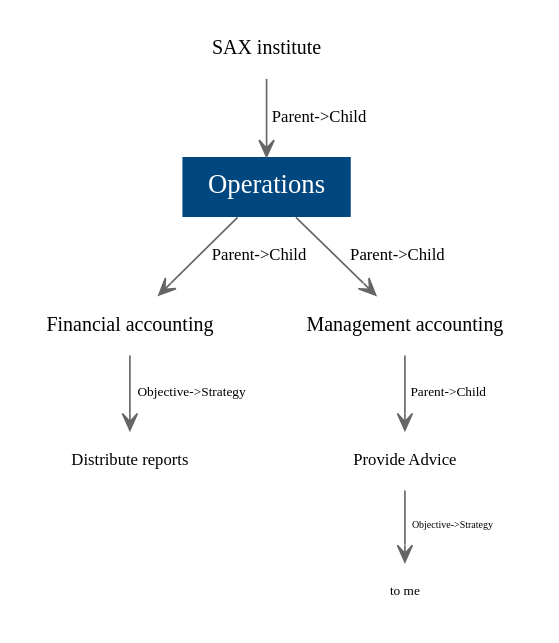
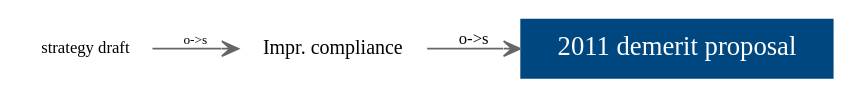
Before and after one commit to mickmioduszewski/digraph-rails: the diagram in public/mickdot.dot, drawn with Graphviz. The commit also changed 23 other files, not shown here.

```diff
--- a/public/mickdot.dot
+++ b/public/mickdot.dot
@@ -1,17 +1,9 @@
-digraph G { 
+digraph G { rankdir="LR"
 edge [color="#666666", arrowhead="open", fontname="Trebuchet MS"] 
 node [shape=plaintext, fontname="Trebuchet MS"]
-n14 [URL="/nodes/14",  label="Operations", fontsize="16", style=filled fillcolor="#00477f", fontcolor="White"]
-n13 [URL="/nodes/13",  label="SAX institute", fontsize="12"]
-n15 [URL="/nodes/15",  label="Financial accounting", fontsize="12"]
-n18 [URL="/nodes/18",  label="Distribute reports", fontsize="10"]
-n16 [URL="/nodes/16",  label="Management accounting", fontsize="12"]
-n17 [URL="/nodes/17",  label="Provide Advice ", fontsize="10"]
-n20 [URL="/nodes/20",  label="to me", fontsize="8"]
-n13 -> n14 [URL="/edges/16",  label="Parent->Child", fontsize="10"]
-n14 -> n15 [URL="/edges/17",  label="Parent->Child", fontsize="10"]
-n15 -> n18 [URL="/edges/20",  label="Objective->Strategy", fontsize="8"]
-n14 -> n16 [URL="/edges/18",  label="Parent->Child", fontsize="10"]
-n16 -> n17 [URL="/edges/19",  label="Parent->Child", fontsize="8"]
-n17 -> n20 [URL="/edges/25",  label="Objective->Strategy", fontsize="6"]
+n35 [URL="/nodes/35",  label="2011 demerit proposal", fontsize="16", style=filled fillcolor="#00477f", fontcolor="White"]
+n22 [URL="/nodes/22",  label="Impr. compliance", fontsize="12"]
+n21 [URL="/nodes/21",  label="strategy draft", fontsize="10"]
+n22 -> n35 [URL="/edges/36",  label="o->s", fontsize="10"]
+n21 -> n22 [URL="/edges/26",  label="o->s", fontsize="8"]
   }
```
